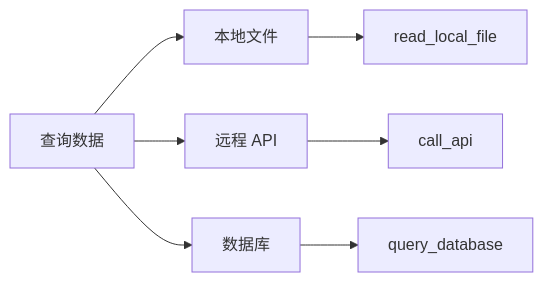
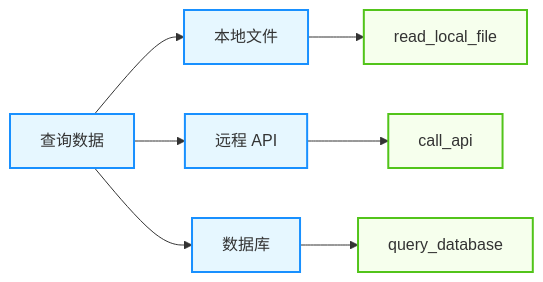
The fifth of 5 diagrams in 04_tools/4.1_overview.md (yeasy/agentic_ai_guide), drawn with Mermaid before and after one commit. The commit also changed other lines of this file and 36 other files, not shown here.

````diff
--- a/04_tools/4.1_overview.md
+++ b/04_tools/4.1_overview.md
@@ -450,10 +482,18 @@
 ```mermaid
 graph LR
+    %% Agentic Design System
+    classDef agent fill:#e6f7ff,stroke:#1890ff,stroke-width:2px;
+    classDef tool fill:#f6ffed,stroke:#52c41a,stroke-width:2px;
+
     Query[查询数据] --> Local[本地文件]
     Query --> Remote[远程 API]
     Query --> DB[数据库]
     
     Local --> Read[read_local_file]
     Remote --> Call[call_api]
     DB --> QueryDB[query_database]
+    
+    class Query agent;
+    class Local,Remote,DB agent;
+    class Read,Call,QueryDB tool;
 ```
````
